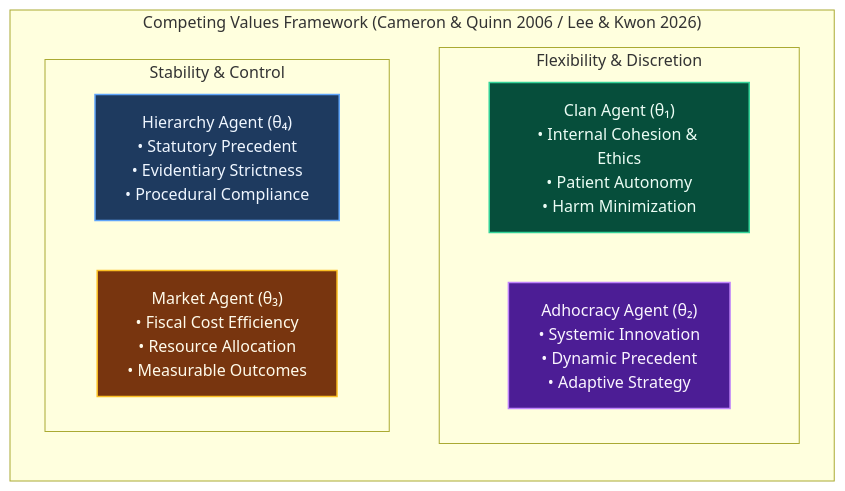
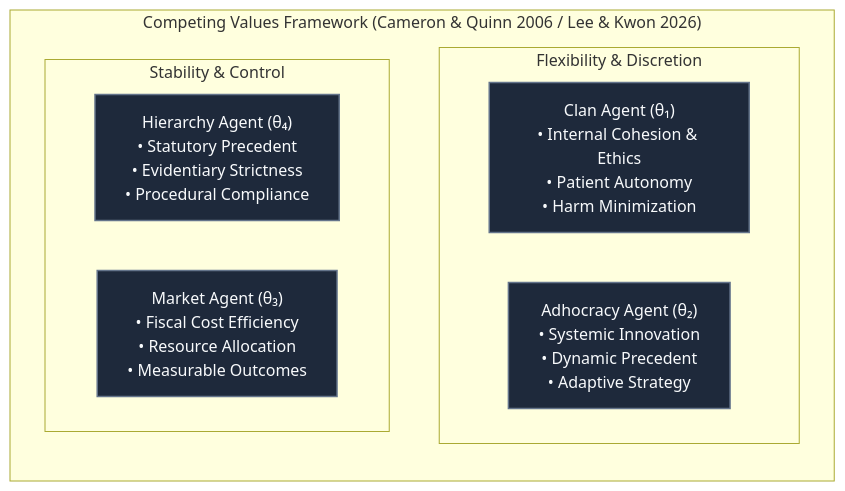
The second of 2 diagrams in README.md (ramnnn2006/confidence-gated-consultation), drawn with Mermaid before and after one commit. The commit also changed other lines of this file, not shown here.

Commit message:
switch diagrams to neutral slate palette

````diff
--- a/README.md
+++ b/README.md
@@ -55,24 +51,17 @@
 ```mermaid
 flowchart LR
     subgraph CVF_Space ["Competing Values Framework (Cameron & Quinn 2006 / Lee & Kwon 2026)"]
         direction TB
         subgraph TopFlex ["Flexibility & Discretion"]
             Clan["Clan Agent (θ₁)\n• Internal Cohesion & Ethics\n• Patient Autonomy\n• Harm Minimization"]
             Adhocracy["Adhocracy Agent (θ₂)\n• Systemic Innovation\n• Dynamic Precedent\n• Adaptive Strategy"]
         end
         subgraph BottomStab ["Stability & Control"]
             Hierarchy["Hierarchy Agent (θ₄)\n• Statutory Precedent\n• Evidentiary Strictness\n• Procedural Compliance"]
             Market["Market Agent (θ₃)\n• Fiscal Cost Efficiency\n• Resource Allocation\n• Measurable Outcomes"]
         end
     end
 
-    classDef clan fill:#064e3b,stroke:#34d399,stroke-width:1.5px,color:#ecfdf5;
-    classDef adhoc fill:#4c1d95,stroke:#c084fc,stroke-width:1.5px,color:#faf5ff;
-    classDef market fill:#78350f,stroke:#fbbf24,stroke-width:1.5px,color:#fffbeb;
-    classDef hier fill:#1e3a5f,stroke:#60a5fa,stroke-width:1.5px,color:#eff6ff;
-
-    class Clan clan;
-    class Adhocracy adhoc;
-    class Market market;
-    class Hierarchy hier;
+    classDef cvfBox fill:#1e293b,stroke:#64748b,stroke-width:1.5px,color:#f8fafc;
+    class Clan,Adhocracy,Hierarchy,Market cvfBox;
 ```
````
